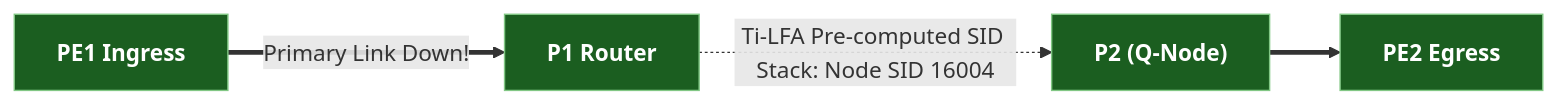
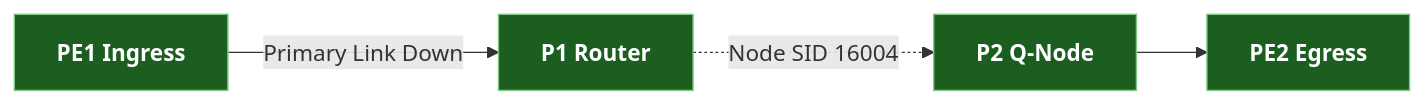
Before and after one commit to etherhtun/netforge-labs: the third of 5 diagrams in docs/interview-prep/google-system-design.md, drawn with Mermaid. The commit also changed other lines of this file, not shown here.

Commit message:
fix(mermaid): update Mermaid syntax in google-system-design.md for 100% compatibility with Mermaid v11.16.1

````diff
--- a/docs/interview-prep/google-system-design.md
+++ b/docs/interview-prep/google-system-design.md
@@ -125,9 +125,9 @@
 ```mermaid
 graph LR
-    PE1["PE1 Ingress"] ==>|Primary Link Down!| P1["P1 Router"]
-    P1 -.->|Ti-LFA Pre-computed SID Stack: Node SID 16004| P2["P2 (Q-Node)"]
-    P2 ==> PE2["PE2 Egress"]
+    PE1["PE1 Ingress"] -->|Primary Link Down| P1["P1 Router"]
+    P1 -.->|Node SID 16004| P2["P2 Q-Node"]
+    P2 --> PE2["PE2 Egress"]
 
     classDef node fill:#1b5e20,stroke:#81c784,color:#ffffff,font-weight:bold;
     class PE1,P1,P2,PE2 node;
 ```
````
